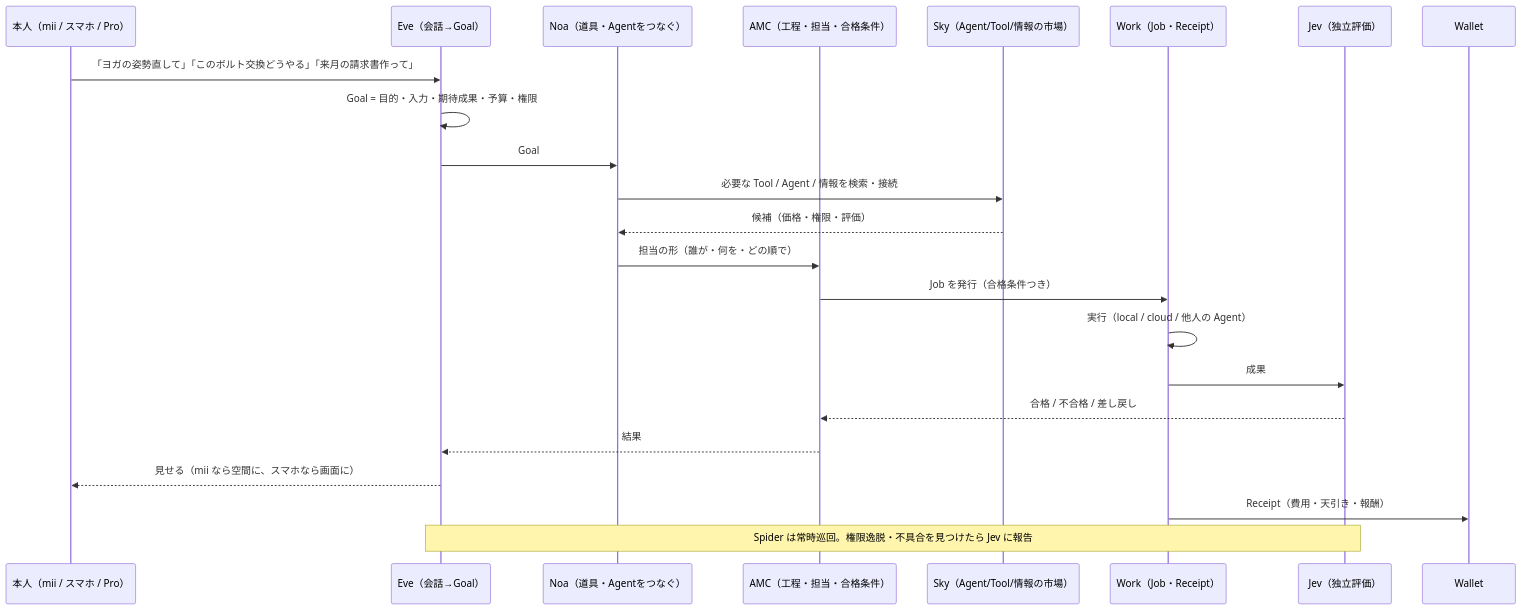
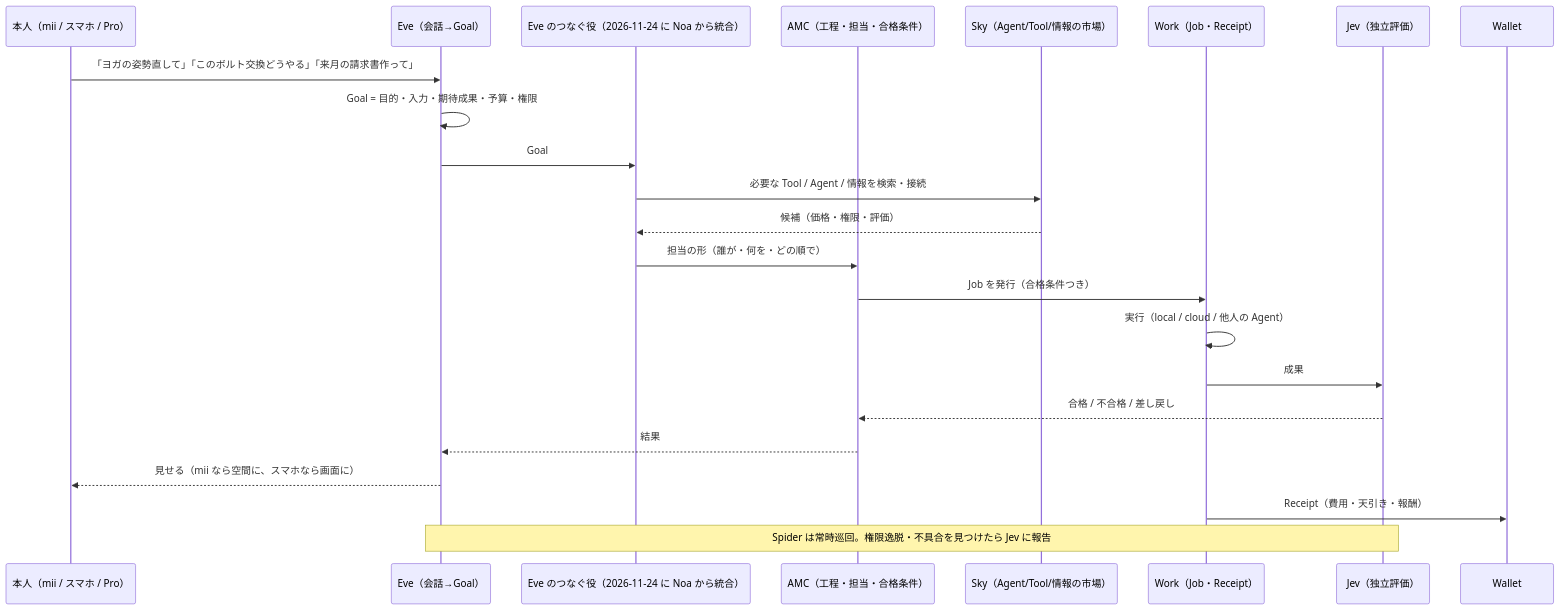
Before and after one commit to k999ln/rock: the diagram in docs/structure/04-eve-noa-amc-sky.md, drawn with Mermaid. The commit also changed other lines of this file and 6 other files, not shown here.

First line of the commit message:
Eve（eve.si）の設計に需要からの逆算を足し、Noa を Eve へまとめる

````diff
--- a/docs/structure/04-eve-noa-amc-sky.md
+++ b/docs/structure/04-eve-noa-amc-sky.md
@@ -109,25 +109,25 @@
 ```mermaid
 sequenceDiagram
   participant U as 本人（mii / スマホ / Pro）
   participant E as Eve（会話→Goal）
-  participant N as Noa（道具・Agentをつなぐ）
+  participant N as Eve のつなぐ役（2026-11-24 に Noa から統合）
   participant A as AMC（工程・担当・合格条件）
   participant S as Sky（Agent/Tool/情報の市場）
   participant W as Work（Job・Receipt）
   participant J as Jev（独立評価）
   participant WA as Wallet
   U->>E: 「ヨガの姿勢直して」「このボルト交換どうやる」「来月の請求書作って」
   E->>E: Goal = 目的・入力・期待成果・予算・権限
   E->>N: Goal
   N->>S: 必要な Tool / Agent / 情報を検索・接続
   S-->>N: 候補（価格・権限・評価）
   N->>A: 担当の形（誰が・何を・どの順で）
   A->>W: Job を発行（合格条件つき）
   W->>W: 実行（local / cloud / 他人の Agent）
   W->>J: 成果
   J-->>A: 合格 / 不合格 / 差し戻し
   A-->>E: 結果
   E-->>U: 見せる（mii なら空間に、スマホなら画面に）
   W->>WA: Receipt（費用・天引き・報酬）
   Note over E,J: Spider は常時巡回。権限逸脱・不具合を見つけたら Jev に報告
 ```
````
